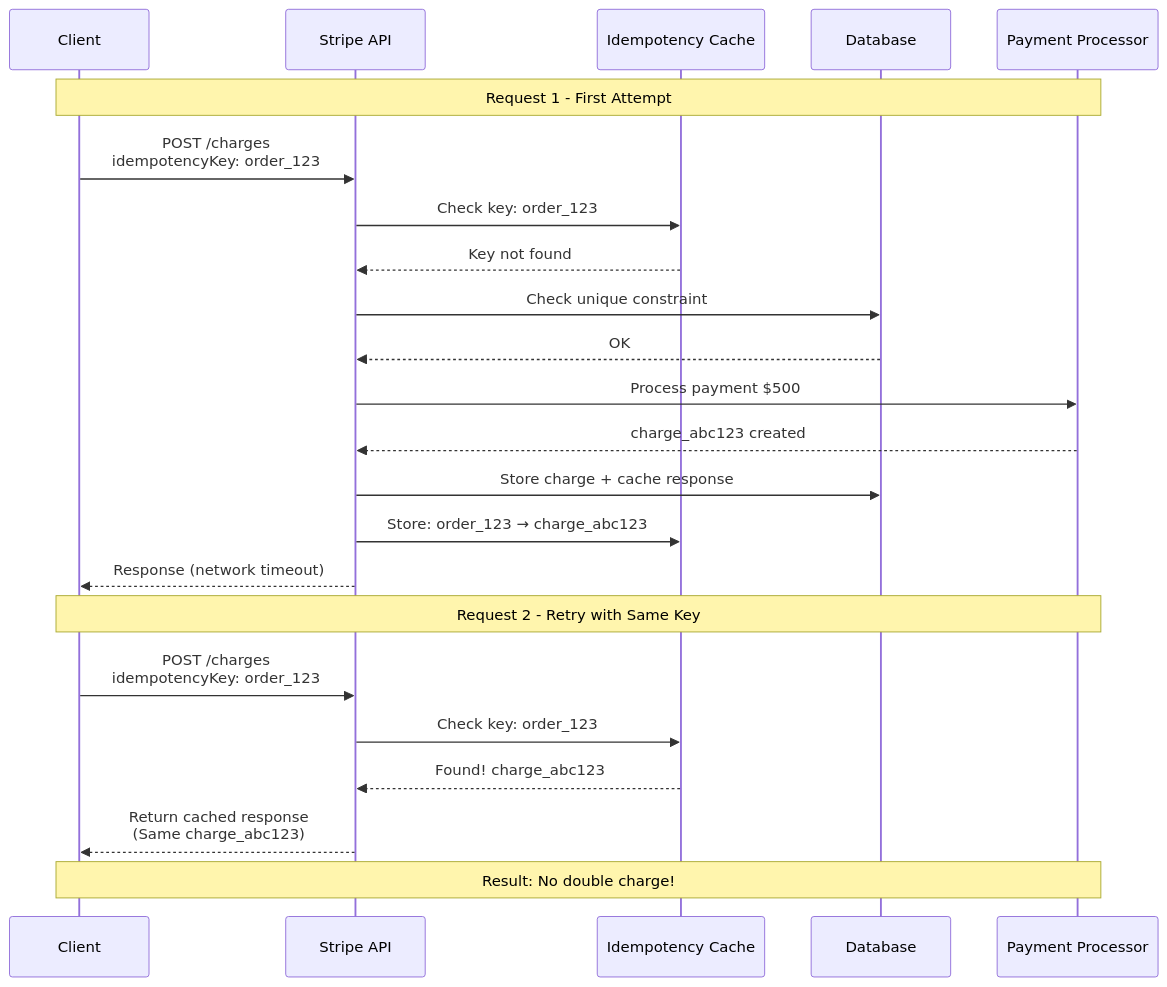
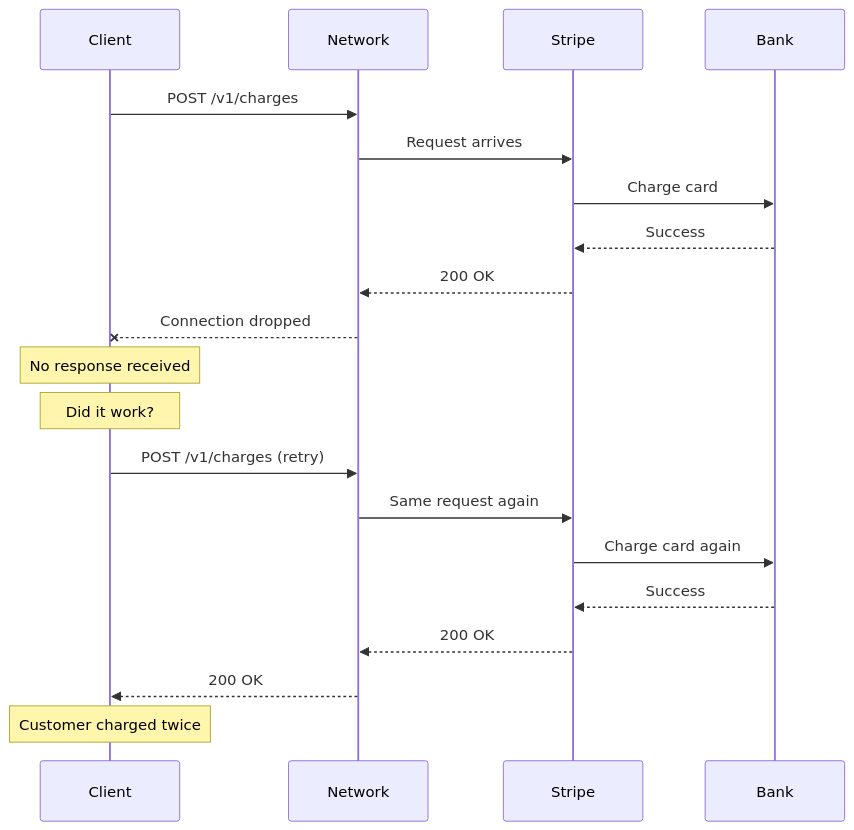
One commit to ajitsing/ajitsing.github.io changed the first of 4 diagrams in _posts/2025-08-29-how-stripe-prevents-double-payment.md. Above: the diagram before and after it, drawn with Mermaid. The commit also changed other lines of this file, not shown here.

Commit message:
update post

````diff
--- a/_posts/2025-08-29-how-stripe-prevents-double-payment.md
+++ b/_posts/2025-08-29-how-stripe-prevents-double-payment.md
@@ -214,28 +45,26 @@
 ```mermaid
 sequenceDiagram
     participant Client
-    participant API as Stripe API
-    participant Cache as Idempotency Cache
-    participant DB as Database
-    participant Payment as Payment Processor
+    participant Network
+    participant Stripe
+    participant Bank
+
+    Client->>Network: POST /v1/charges
+    Network->>Stripe: Request arrives
+    Stripe->>Bank: Charge card
+    Bank-->>Stripe: Success
+    Stripe-->>Network: 200 OK
+    Network--xClient: Connection dropped
     
-    Note over Client,Payment: Request 1 - First Attempt
-    Client->>API: POST /charges<br/>idempotencyKey: order_123
-    API->>Cache: Check key: order_123
-    Cache-->>API: Key not found
-    API->>DB: Check unique constraint
-    DB-->>API: OK
-    API->>Payment: Process payment $500
-    Payment-->>API: charge_abc123 created
-    API->>DB: Store charge + cache response
-    API->>Cache: Store: order_123 → charge_abc123
-    API-->>Client: Response (network timeout)
+    Note over Client: No response received
+    Note over Client: Did it work?
     
-    Note over Client,Payment: Request 2 - Retry with Same Key
-    Client->>API: POST /charges<br/>idempotencyKey: order_123
-    API->>Cache: Check key: order_123
-    Cache-->>API: Found! charge_abc123
-    API-->>Client: Return cached response<br/>(Same charge_abc123)
+    Client->>Network: POST /v1/charges (retry)
+    Network->>Stripe: Same request again
+    Stripe->>Bank: Charge card again
+    Bank-->>Stripe: Success
+    Stripe-->>Network: 200 OK
+    Network-->>Client: 200 OK
     
-    Note over Client,Payment: Result: No double charge!
+    Note over Client: Customer charged twice
 ```
````
